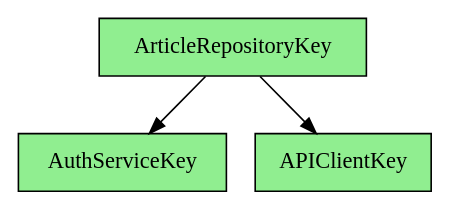
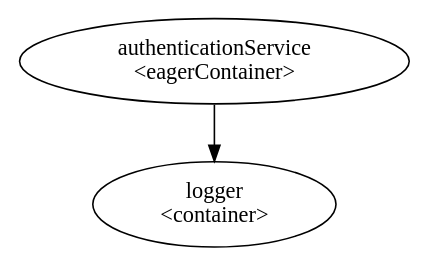
One commit to AxiomOrient/Weaver changed the diagram in README.md. Above: the diagram before and after it, drawn with Graphviz. The commit also changed other lines of this file and 17 other files, not shown here.

````diff
--- a/README.md
+++ b/README.md
@@ -305,11 +207,8 @@
 ```dot
 digraph Dependencies {
-  rankdir=TB;
-  node [shape=box, style=rounded];
-  "AuthServiceKey" [fillcolor=lightgreen, style=filled];
-  "APIClientKey" [fillcolor=lightgreen, style=filled];
-  "ArticleRepositoryKey" [fillcolor=lightgreen, style=filled];
-  "ArticleRepositoryKey" -> "AuthServiceKey";
-  "ArticleRepositoryKey" -> "APIClientKey";
+  // ... 노드 및 엣지 정의 ...
+  "authenticationService" [label="authenticationService\n<eagerContainer>", fillcolor=lightblue];
+  "logger" [label="logger\n<container>", fillcolor=lightgreen];
+  "authenticationService" -> "logger";
 }
 ```
````
